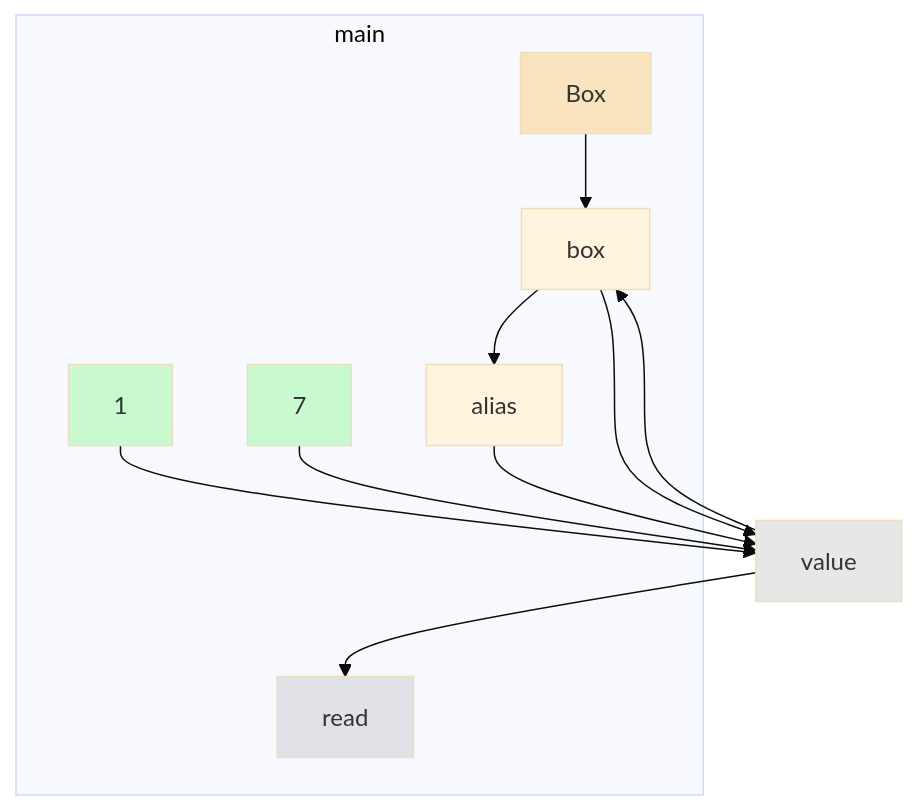
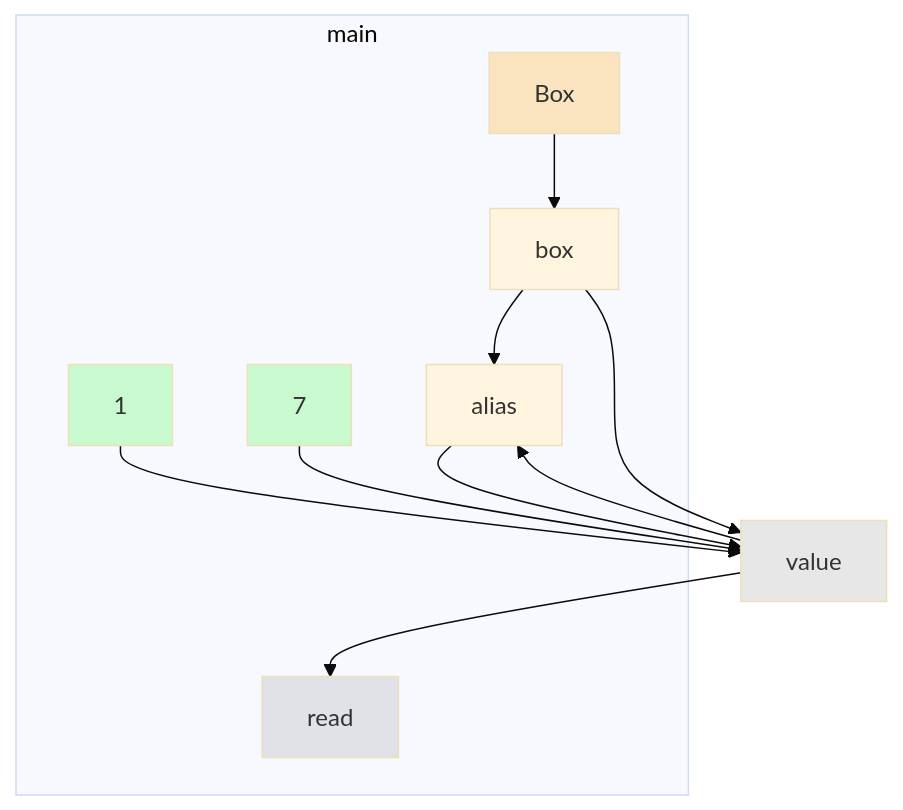
Before and after one commit to gstiebler/codeflow: the diagram in app/src/test/resources/aliasInBlock/spike-truth.md, drawn with Mermaid (base theme). The commit also changed 46 other files, not shown here.

````diff
--- a/app/src/test/resources/aliasInBlock/spike-truth.md
+++ b/app/src/test/resources/aliasInBlock/spike-truth.md
@@ -3,27 +3,27 @@
 ```mermaid
 flowchart TD
   subgraph m0["main"]
     n0["Box"]:::EXTERNAL
     n1["1"]:::LITERAL
     n2["7"]:::LITERAL
     n3["alias"]:::OBJ_VARIABLE
     n4["box"]:::OBJ_VARIABLE
     n5["read"]:::VARIABLE
   end
   n6["value"]:::VARIABLE
   n0 --> n4
   n1 --> n6
   n2 --> n6
   n3 --> n6
   n4 --> n3
   n4 --> n6
-  n6 --> n4
+  n6 --> n3
   n6 --> n5
   classDef LITERAL fill:#00FF0030
   classDef VARIABLE fill:#80808030
   classDef BIN_OP fill:#80808080
   classDef FUNC_PARAM fill:#8080FF30
   classDef RETURN fill:#FF808080
   classDef EXTERNAL fill:#FFA50040
   classDef UNMODELLED fill:#FF000030,stroke-dasharray: 4 2
 ```
````
